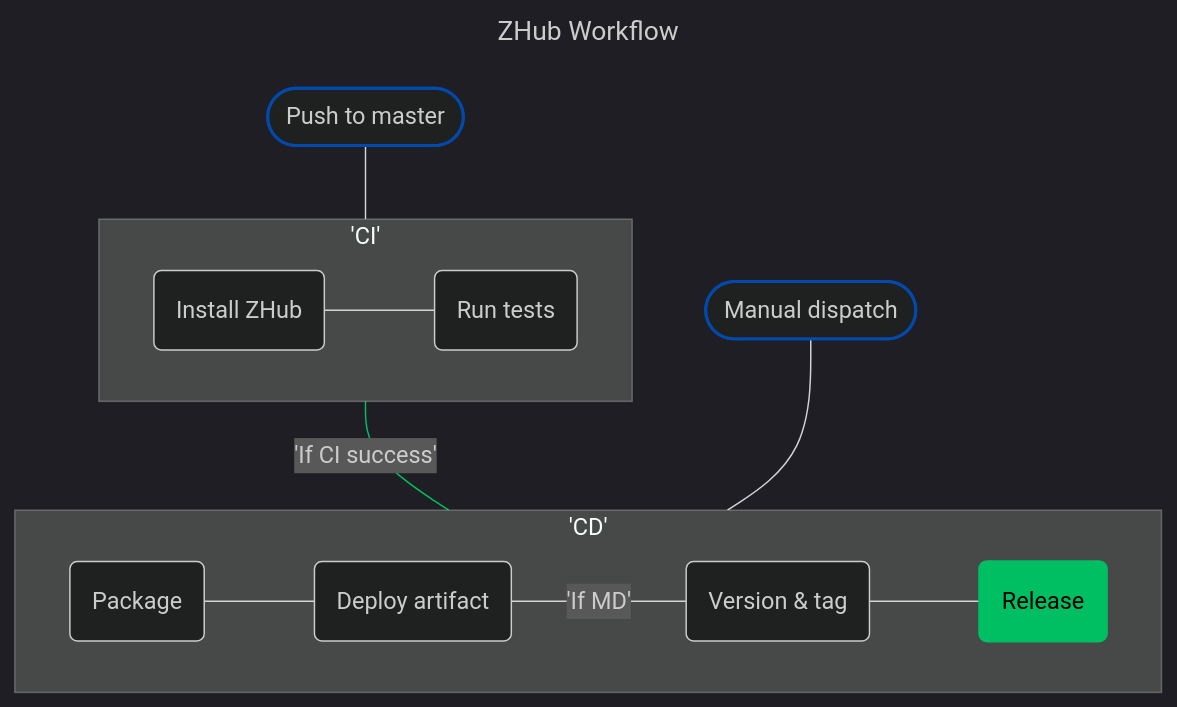
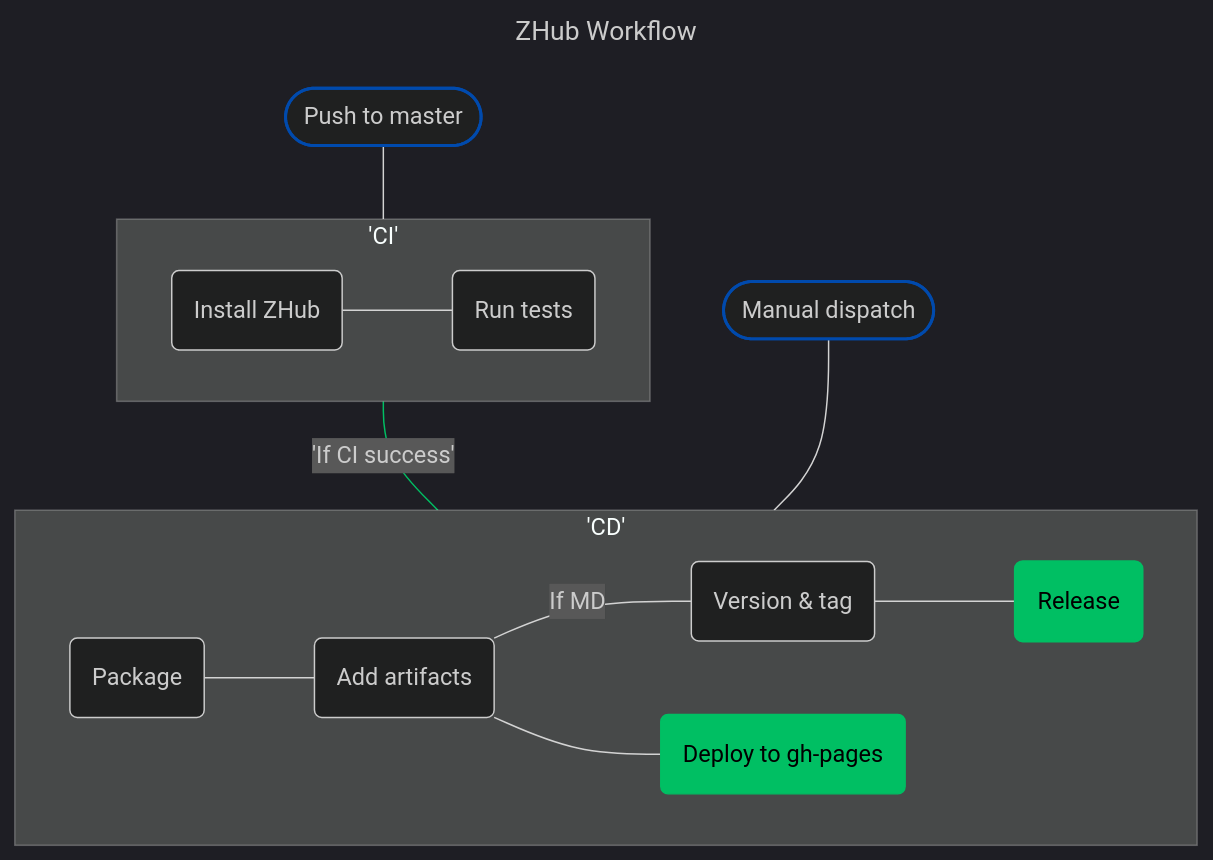
The diagram in README.md (jadenzaleski/zhub), drawn with Mermaid before and after one commit. The commit also changed other lines of this file and 2 other files, not shown here.

````diff
--- a/README.md
+++ b/README.md
@@ -28,31 +37,32 @@
 ```mermaid
 ---
 title: ZHub Workflow
 config:
     theme: dark
 ---
-
 flowchart
 	A@{ shape: 'stadium', label: 'Push to master' } --- s1
 	subgraph s1['CI']
 		n2
 		n4@{ shape: 'rounded', label: 'Install ZHub' }
 	end
 	s1 ---|'If CI success'| n1
 	n4
 	n4 --- n2@{ shape: 'rounded', label: 'Run tests' }
 	s1
 
 	B@{ shape: 'stadium', label: 'Manual dispatch' } --- n1
 	subgraph n1['CD']
 		n6
 		n5@{ shape: 'rounded', label: 'Package' }
-	n5 --- n6@{ shape: 'rounded', label: 'Deploy artifact' }
-	n6 ---|'If MD'| n3@{ shape: 'rounded', label: 'Version & tag' }
+	n5 --- n6@{ shape: 'rounded', label: 'Add artifacts' }
+	n6 --- |If MD| n3@{ shape: 'rounded', label: 'Version & tag' }
 	n3 --- n7@{ shape: 'rounded', label: 'Release' }
+	n6 --- n8@{ shape: 'rounded', label: 'Deploy to gh-pages' }
 	end
 	style n7 stroke:#00BF63,stroke-width:2px,fill:#00BF63,color:#000000
 	style A stroke:#004AAD,stroke-width:2px
 	style B stroke:#004AAD,stroke-width:2px
 	linkStyle 1 stroke:#00BF63
+	style n8 fill:#00BF63,color:#000000,stroke:#00BF63
 ```
````
